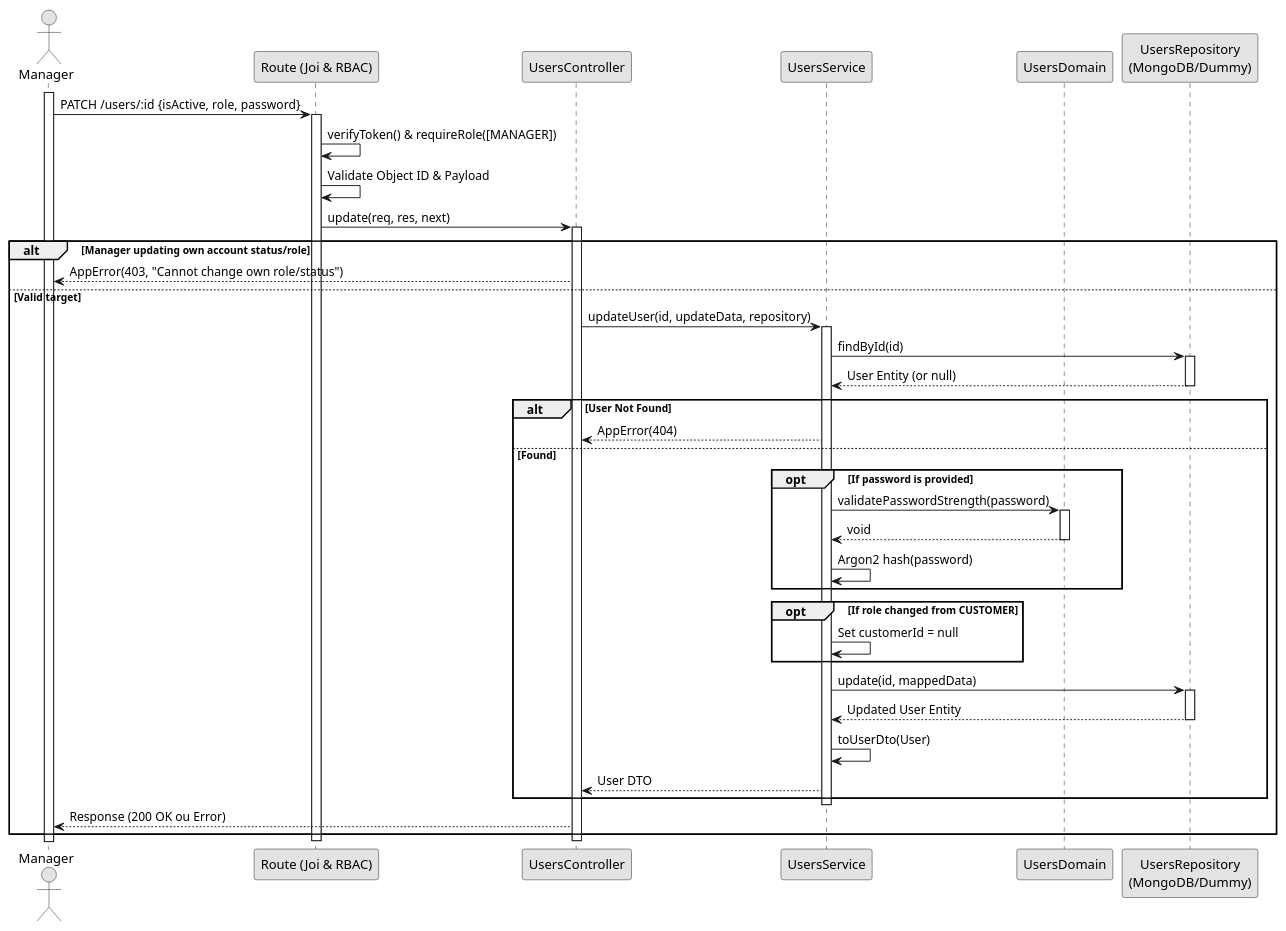
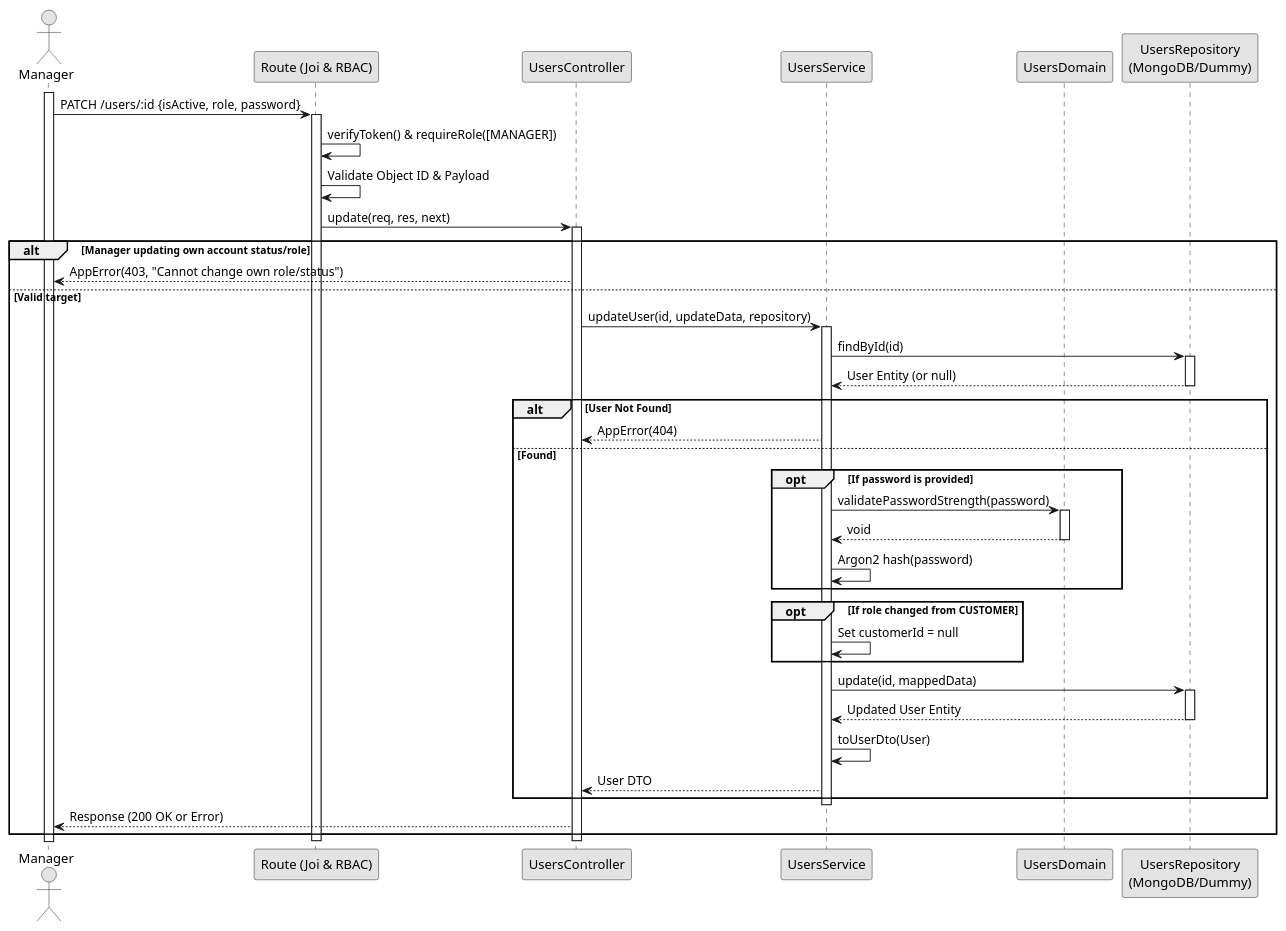
One commit to ivasduarte/laprizza changed the diagram in docs/Sprint 1/1241176-Iva-Silva/bck01/uc3-update-design.puml. Above: the diagram before and after it, drawn with PlantUML. The commit also changed 8 other files, not shown here.

Commit message:
docs(BCK01): add user authentication use cases and diagrams (#113)

```diff
--- a/docs/Sprint 1/1241176-Iva-Silva/bck01/uc3-update-design.puml
+++ b/docs/Sprint 1/1241176-Iva-Silva/bck01/uc3-update-design.puml
@@ -1,62 +1,62 @@
 @startuml "UC3_Update_User_Design"
 skinparam monochrome true
 skinparam packageStyle rect
 skinparam defaultFontName FG Virgil
 skinparam shadowing false
 
 actor Manager
 participant "Route (Joi & RBAC)" as route
 participant "UsersController" as controller
 participant "UsersService" as service
 participant "UsersDomain" as domain
 participant "UsersRepository\n(MongoDB/Dummy)" as repo
 
 activate Manager
 Manager -> route : PATCH /users/:id {isActive, role, password}
 activate route
 
 route -> route : verifyToken() & requireRole([MANAGER])
 route -> route : Validate Object ID & Payload
 route -> controller : update(req, res, next)
 activate controller
 
 alt Manager updating own account status/role
     controller --> Manager : AppError(403, "Cannot change own role/status")
 else Valid target
     controller -> service : updateUser(id, updateData, repository)
     activate service
 
     service -> repo : findById(id)
     activate repo
     repo --> service : User Entity (or null)
     deactivate repo
     
     alt User Not Found
         service --> controller : AppError(404)
     else Found
         opt If password is provided
             service -> domain : validatePasswordStrength(password)
             activate domain
             domain --> service : void
             deactivate domain
             service -> service : Argon2 hash(password)
         end
         opt If role changed from CUSTOMER
             service -> service : Set customerId = null
         end
         
         service -> repo : update(id, mappedData)
         activate repo
         repo --> service : Updated User Entity
         deactivate repo
 
         service -> service : toUserDto(User)
         service --> controller : User DTO
     end
     deactivate service
     
-    controller --> Manager : Response (200 OK ou Error)
+    controller --> Manager : Response (200 OK or Error)
 end
 deactivate controller
 deactivate route
 @enduml
```
